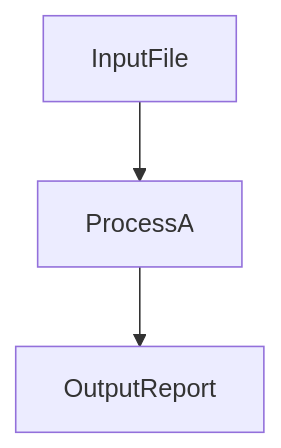
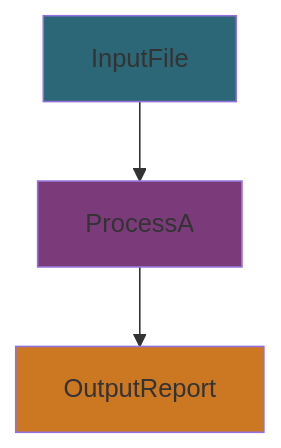
One commit to asynkron/CobolDemo-GITST changed the first of 5 diagrams in docs/docs-create.md. Above: the diagram before and after it, drawn with Mermaid. The commit also changed other lines of this file and 7 other files, not shown here.

Commit message:
Add accent fills to documentation mermaid diagrams

````diff
--- a/docs/docs-create.md
+++ b/docs/docs-create.md
@@ -33,4 +33,8 @@
 ```mermaid
 flowchart TD
   InputFile --> ProcessA --> OutputReport
+  %% Highlight the transformative step within the example flow.
+  style ProcessA fill:#7B3B7B
+  style InputFile fill:#2B6777
+  style OutputReport fill:#CC7722
 ```
````
